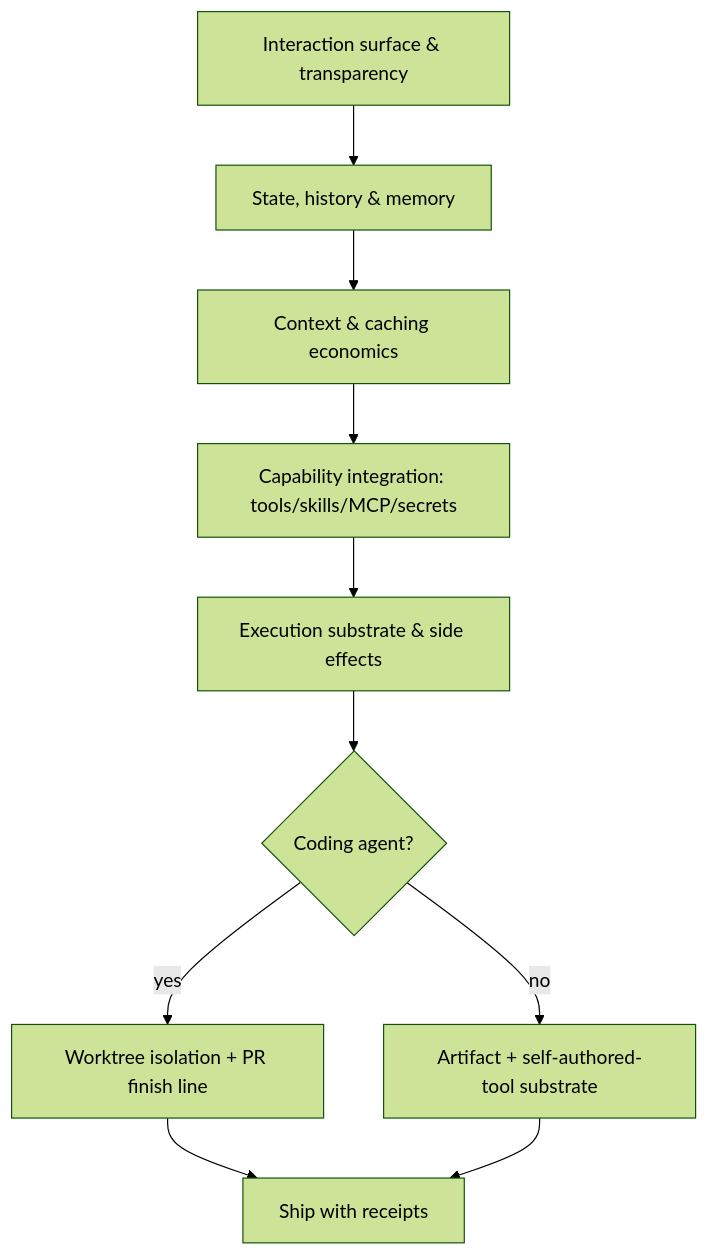
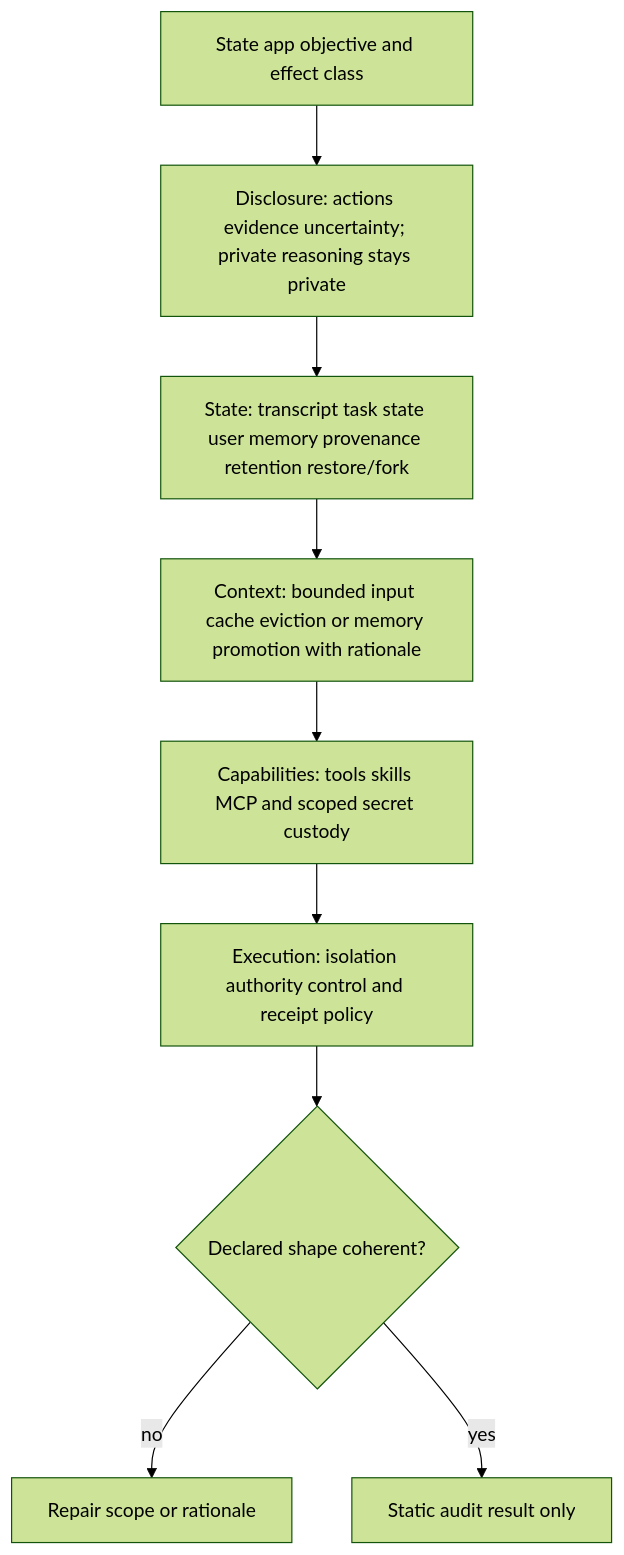
One commit to curiositech/port-daddy changed the first of 2 diagrams in skills/agentic-app-architecture/SKILL.md. Above: the diagram before and after it, drawn with Mermaid (forest theme). The commit also changed other lines of this file and 1782 other files, not shown here.

Commit message:
feat(skills): expand agent skills and collected Book figures

````diff
--- a/skills/agentic-app-architecture/SKILL.md
+++ b/skills/agentic-app-architecture/SKILL.md
@@ -69,12 +24,11 @@
 ```mermaid
 flowchart TD
-  A[Interaction surface & transparency] --> B[State, history & memory]
-  B --> C[Context & caching economics]
-  C --> D[Capability integration: tools/skills/MCP/secrets]
-  D --> E[Execution substrate & side effects]
-  E --> F{Coding agent?}
-  F -->|yes| G[Worktree isolation + PR finish line]
-  F -->|no| H[Artifact + self-authored-tool substrate]
-  G --> I[Ship with receipts]
-  H --> I
+  Q[State app objective and effect class] --> T[Disclosure: actions evidence uncertainty; private reasoning stays private]
+  T --> S[State: transcript task state user memory provenance retention restore/fork]
+  S --> C[Context: bounded input cache eviction or memory promotion with rationale]
+  C --> P[Capabilities: tools skills MCP and scoped secret custody]
+  P --> E[Execution: isolation authority control and receipt policy]
+  E --> V{Declared shape coherent?}
+  V -->|no| R[Repair scope or rationale]
+  V -->|yes| A[Static audit result only]
 ```
````
